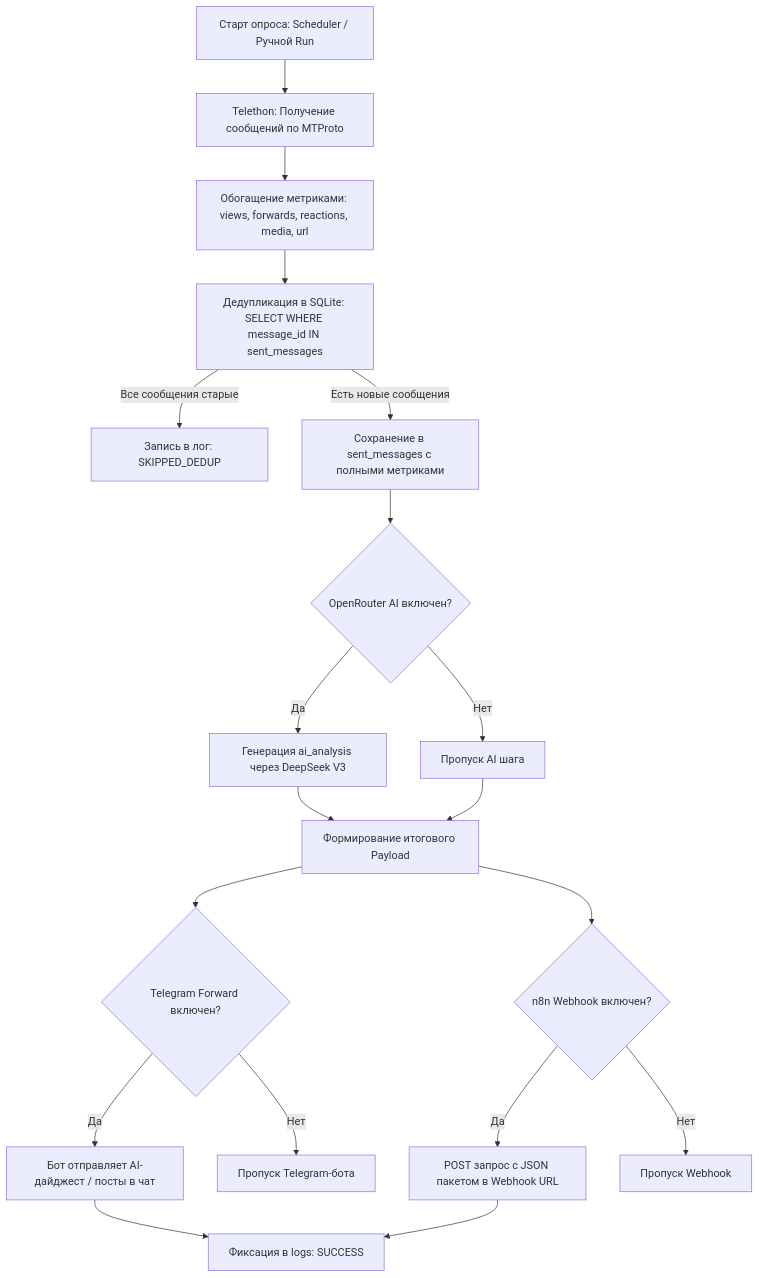
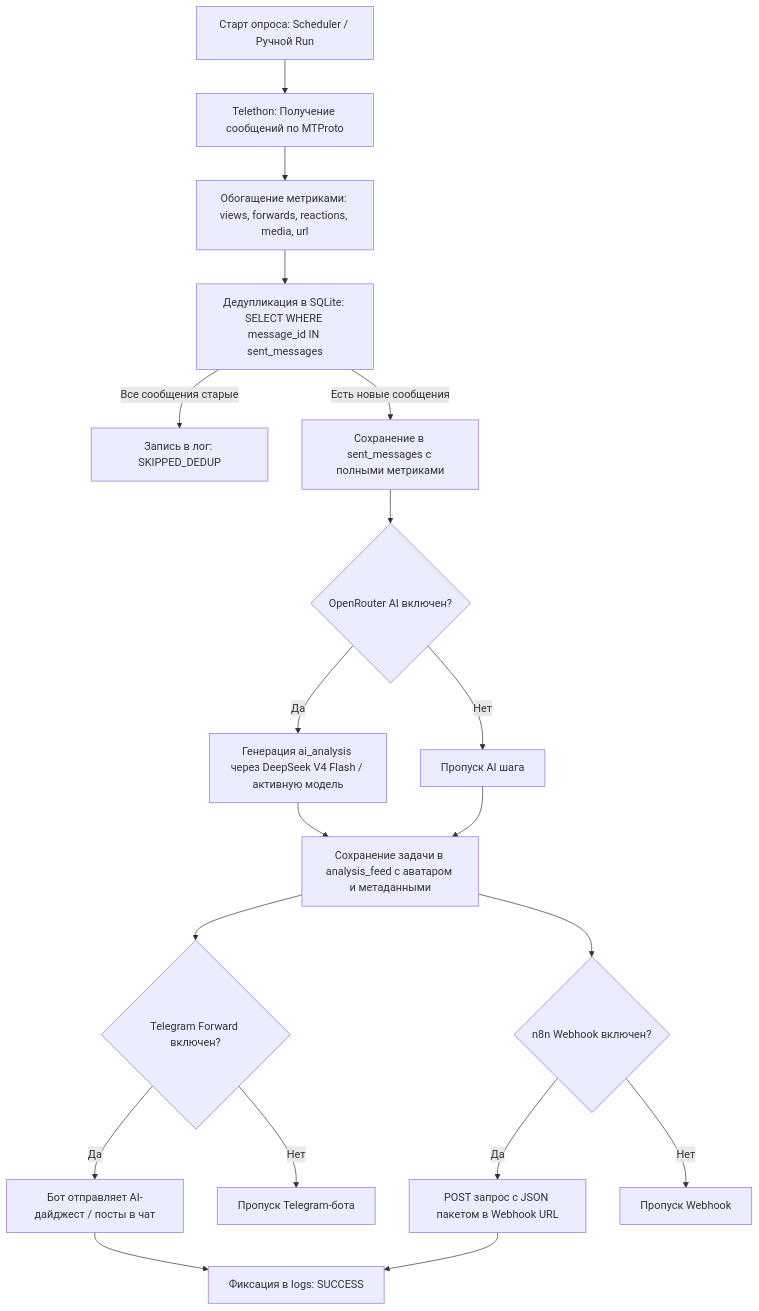
The diagram in PROJECT_OVERVIEW.md (Asmadey/telegram-monitor-n8n-bridge), drawn with Mermaid before and after one commit. The commit also changed other lines of this file, not shown here.

Commit message:
docs: update PROJECT_OVERVIEW.md with live feed architecture, deepseek-v4-flash defaults, anti-slop UI and full API specification

````diff
--- a/PROJECT_OVERVIEW.md
+++ b/PROJECT_OVERVIEW.md
@@ -131,21 +150,21 @@
 ```mermaid
 flowchart TD
     A[Старт опроса: Scheduler / Ручной Run] --> B[Telethon: Получение сообщений по MTProto]
     B --> C[Обогащение метриками: views, forwards, reactions, media, url]
     C --> D[Дедупликация в SQLite: SELECT WHERE message_id IN sent_messages]
     D -->|Все сообщения старые| E[Запись в лог: SKIPPED_DEDUP]
     D -->|Есть новые сообщения| F[Сохранение в sent_messages с полными метриками]
     F --> G{OpenRouter AI включен?}
-    G -->|Да| H[Генерация ai_analysis через DeepSeek V3]
+    G -->|Да| H[Генерация ai_analysis через DeepSeek V4 Flash / активную модель]
     G -->|Нет| I[Пропуск AI шага]
-    H --> J[Формирование итогового Payload]
+    H --> J[Сохранение задачи в analysis_feed с аватаром и метаданными]
     I --> J
     J --> K{Telegram Forward включен?}
     K -->|Да| L[Бот отправляет AI-дайджест / посты в чат]
     K -->|Нет| M[Пропуск Telegram-бота]
     J --> N{n8n Webhook включен?}
     N -->|Да| O[POST запрос с JSON пакетом в Webhook URL]
     N -->|Нет| P[Пропуск Webhook]
     L --> Q[Фиксация в logs: SUCCESS]
     O --> Q
 ```
````
